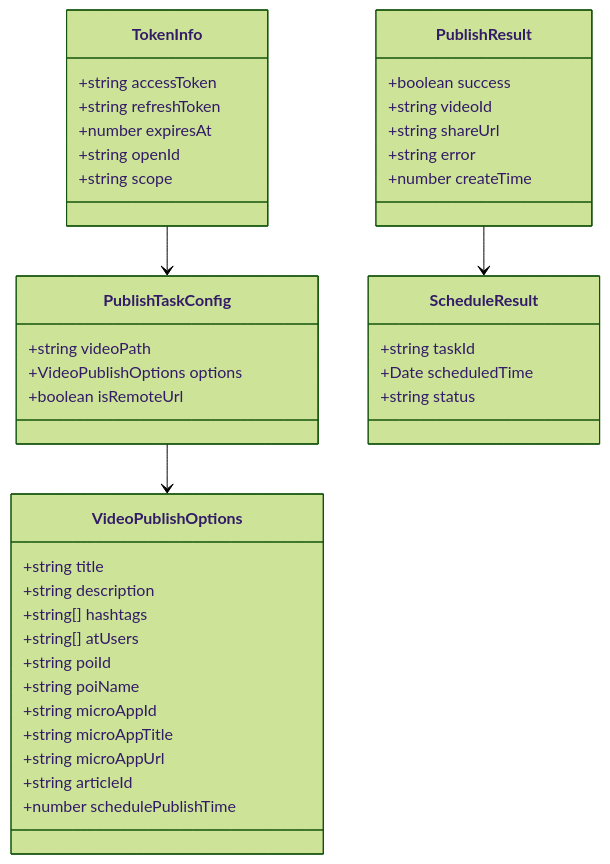
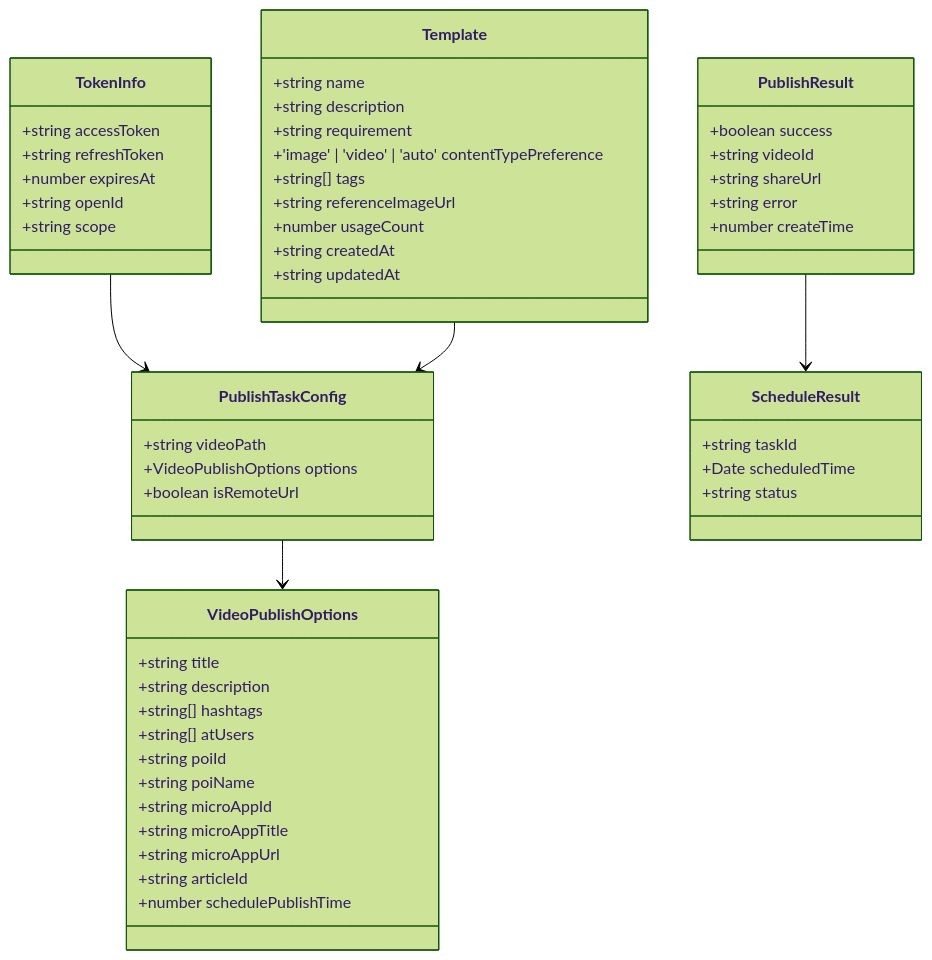
One commit to songdiyang/clawOperations changed diagram 16 of 17 in .qoder/repowiki/zh/content/服务器路由增强.md. Above: the diagram before and after it, drawn with Mermaid (forest theme). The commit also changed other lines of this file and 7 other files, not shown here.

````diff
--- a/.qoder/repowiki/zh/content/服务器路由增强.md
+++ b/.qoder/repowiki/zh/content/服务器路由增强.md
@@ -533,43 +601,55 @@
 ```mermaid
 classDiagram
 class PublishTaskConfig {
 +string videoPath
 +VideoPublishOptions options
 +boolean isRemoteUrl
 }
 class VideoPublishOptions {
 +string title
 +string description
 +string[] hashtags
 +string[] atUsers
 +string poiId
 +string poiName
 +string microAppId
 +string microAppTitle
 +string microAppUrl
 +string articleId
 +number schedulePublishTime
 }
 class PublishResult {
 +boolean success
 +string videoId
 +string shareUrl
 +string error
 +number createTime
 }
 class ScheduleResult {
 +string taskId
 +Date scheduledTime
 +string status
 }
 class TokenInfo {
 +string accessToken
 +string refreshToken
 +number expiresAt
 +string openId
 +string scope
 }
+class Template {
++string name
++string description
++string requirement
++'image' | 'video' | 'auto' contentTypePreference
++string[] tags
++string referenceImageUrl
++number usageCount
++string createdAt
++string updatedAt
+}
 PublishTaskConfig --> VideoPublishOptions
 PublishResult --> ScheduleResult
 TokenInfo --> PublishTaskConfig
+Template --> PublishTaskConfig
 ```
````
